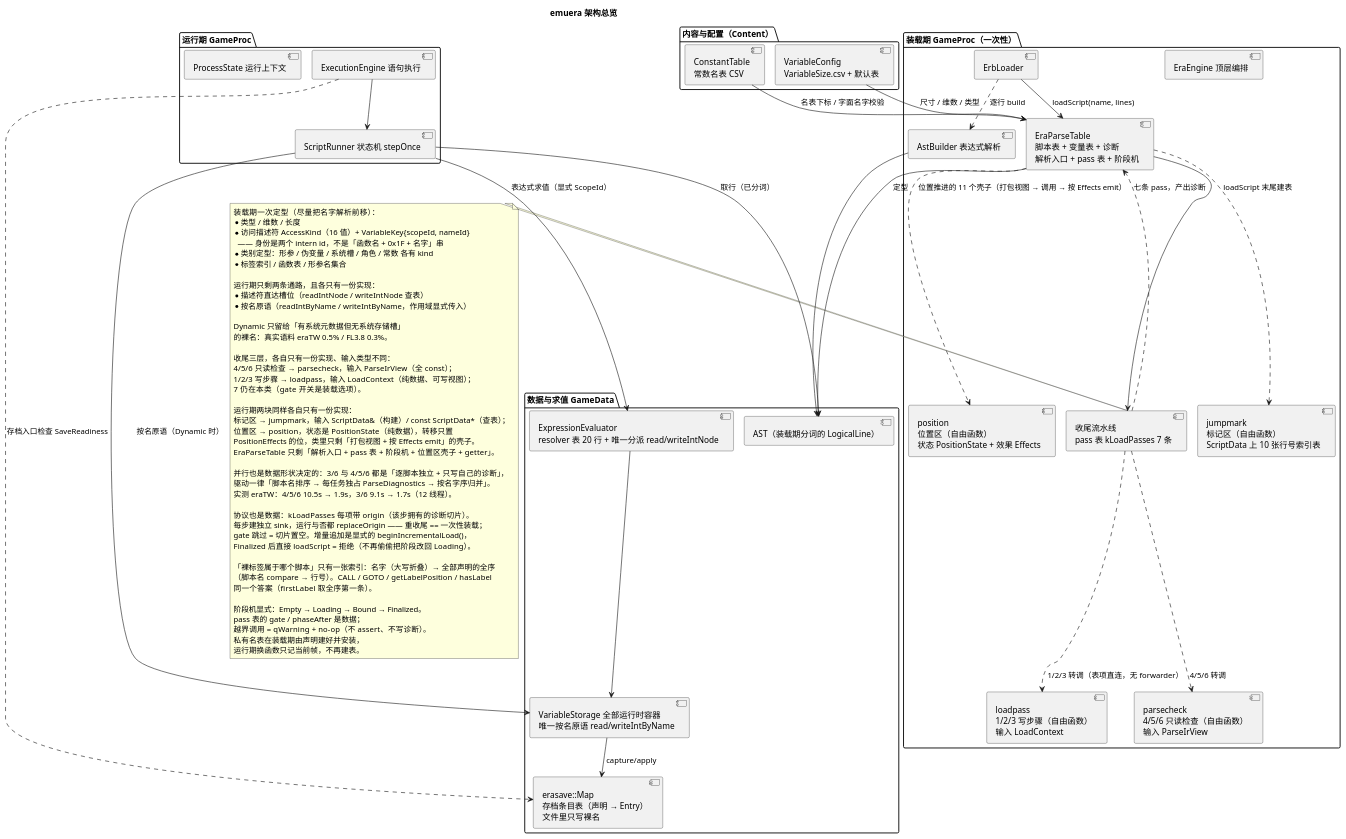
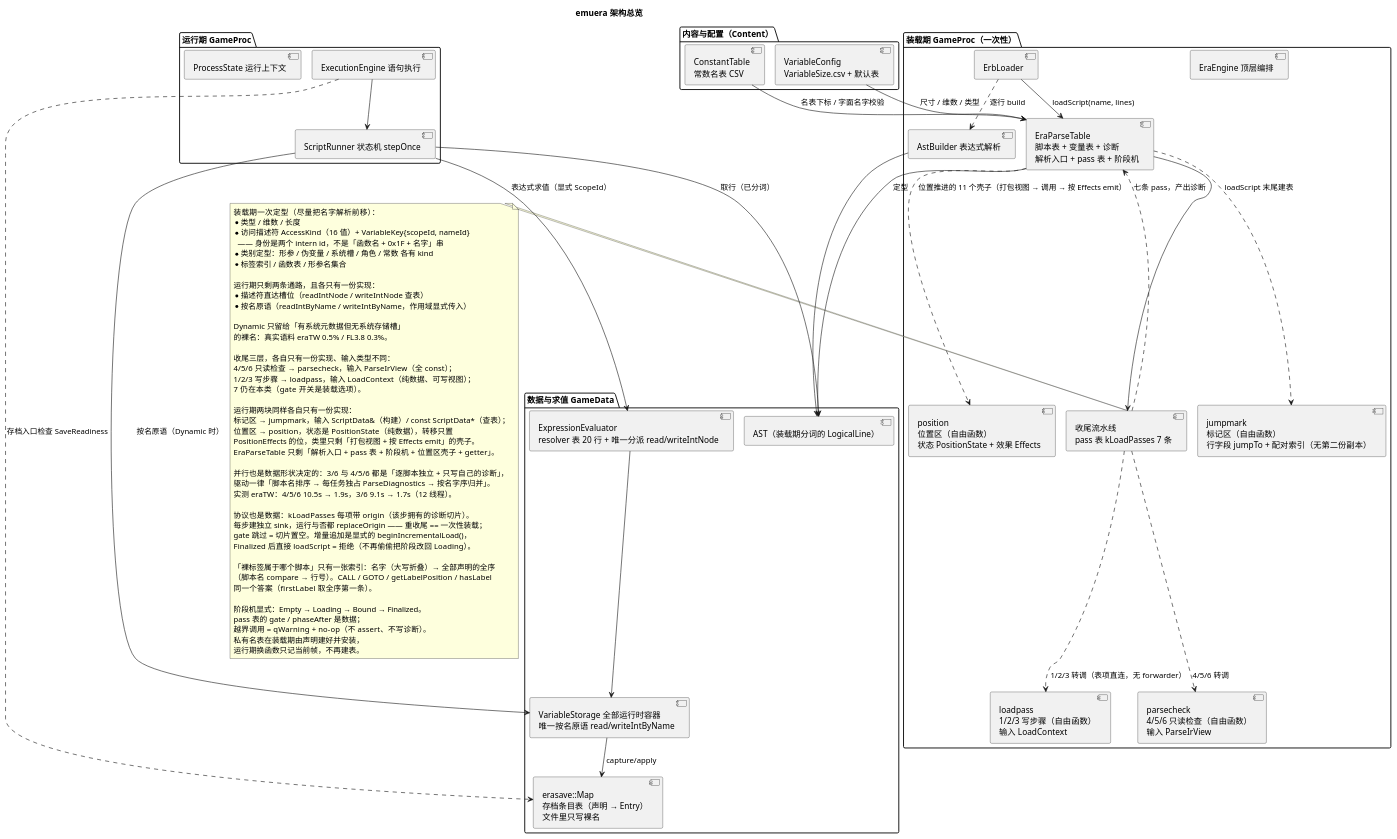
The diagram in docs/uml/00-overview.puml (yigekuyou/qt-eraemu), drawn with PlantUML before and after one commit. The commit also changed 1 other file, not shown here.

Commit message:
docs/uml：标记区只剩一份（行字段 + 配对索引），不再有整表副本
00-overview 与 README 的口径跟着上一批落地改：endifLines / elseLines / jumpToEnd
三张整表与 ScriptData::jumpTo 都已删除，jumpTarget 直接读行字段；需要整表时
由行字段精确重建（重建口径只在测试里）。累计重构与 ctest 计数同步到 30 / 59。

```diff
--- a/docs/uml/00-overview.puml
+++ b/docs/uml/00-overview.puml
@@ -1,103 +1,103 @@
 @startuml 00-overview
 ' 无 graphviz(dot) 时用 PlantUML 内置 smetana 布局引擎（有 dot 可删掉这两行）
 !pragma layout smetana
 ' emuera —— 架构总览：装载期一次定型，运行期只做存取
 ' 渲染：plantuml -tpng docs/uml/00-overview.puml
 title emuera 架构总览
 
 package "装载期 GameProc（一次性）" {
   [EraEngine 顶层编排] as Engine
   [ErbLoader] as Loader
   [AstBuilder 表达式解析] as Builder
   [EraParseTable\n脚本表 + 变量表 + 诊断\n解析入口 + pass 表 + 阶段机] as Table
   [收尾流水线\npass 表 kLoadPasses 7 条] as Finish
   [parsecheck\n4/5/6 只读检查（自由函数）\n输入 ParseIrView] as Checks
   [loadpass\n1/2/3 写步骤（自由函数）\n输入 LoadContext] as Writes
-  [jumpmark\n标记区（自由函数）\nScriptData 上 10 张行号索引表] as Mark
+  [jumpmark\n标记区（自由函数）\n行字段 jumpTo + 配对索引（无第二份副本）] as Mark
   [position\n位置区（自由函数）\n状态 PositionState + 效果 Effects] as Pos
 }
 
 package "内容与配置（Content）" {
   [ConstantTable\n常数名表 CSV] as Consts
   [VariableConfig\nVariableSize.csv + 默认表] as Config
 }
 
 package "运行期 GameProc" {
   [ExecutionEngine 语句执行] as Exec
   [ScriptRunner 状态机 stepOnce] as Runner
   [ProcessState 运行上下文] as State
 }
 
 package "数据与求值 GameData" {
   [AST（装载期分词的 LogicalLine）] as AST
   [VariableStorage 全部运行时容器\n唯一按名原语 read/writeIntByName] as Storage
   [ExpressionEvaluator\nresolver 表 20 行 + 唯一分派 read/writeIntNode] as Eval
   [erasave::Map\n存档条目表（声明 → Entry）\n文件里只写裸名] as Save
 }
 
 Loader ..> Builder : 逐行 build
 Loader --> Table : loadScript(name, lines)
 Builder --> AST
 Finish ..> Table : 七条 pass，产出诊断
 Table --> Finish
 Finish ..> Checks : 4/5/6 转调
 Finish ..> Writes : 1/2/3 转调（表项直连，无 forwarder）
 Table ..> Mark : loadScript 末尾建表
 Table ..> Pos : 位置推进的 11 个壳子（打包视图 → 调用 → 按 Effects emit）
 Consts --> Table : 名表下标 / 字面名字校验
 Config --> Table : 尺寸 / 维数 / 类型
 Exec --> Runner
 Runner --> AST : 取行（已分词）
 Runner --> Storage : 按名原语（Dynamic 时）
 Runner --> Eval : 表达式求值（显式 ScopeId）
 Eval --> Storage
 Storage --> Save : capture/apply
 Exec ..> Save : 存档入口检查 SaveReadiness
 Table --> AST : 定型
 
 note right of Finish
   装载期一次定型（尽量把名字解析前移）：
   * 类型 / 维数 / 长度
   * 访问描述符 AccessKind（16 值）+ VariableKey{scopeId, nameId}
     —— 身份是两个 intern id，不是「函数名 + 0x1F + 名字」串
   * 类别定型：形参 / 伪变量 / 系统槽 / 角色 / 常数 各有 kind
   * 标签索引 / 函数表 / 形参名集合
 
   运行期只剩两条通路，且各只有一份实现：
   * 描述符直达槽位（readIntNode / writeIntNode 查表）
   * 按名原语（readIntByName / writeIntByName，作用域显式传入）
 
   Dynamic 只留给「有系统元数据但无系统存储槽」
   的裸名：真实语料 eraTW 0.5% / FL3.8 0.3%。
 
   收尾三层，各自只有一份实现、输入类型不同：
   4/5/6 只读检查 → parsecheck，输入 ParseIrView（全 const）；
   1/2/3 写步骤 → loadpass，输入 LoadContext（纯数据、可写视图）；
   7 仍在本类（gate 开关是装载选项）。
 
   运行期两块同样各自只有一份实现：
   标记区 → jumpmark，输入 ScriptData&（构建）/ const ScriptData*（查表）；
   位置区 → position，状态是 PositionState（纯数据），转移只置
   PositionEffects 的位，类里只剩「打包视图 + 按 Effects emit」的壳子。
   EraParseTable 只剩「解析入口 + pass 表 + 阶段机 + 位置区壳子 + getter」。
 
   并行也是数据形状决定的：3/6 与 4/5/6 都是「逐脚本独立 + 只写自己的诊断」，
   驱动一律「脚本名排序 → 每任务独占 ParseDiagnostics → 按名字序归并」。
   实测 eraTW：4/5/6 10.5s → 1.9s，3/6 9.1s → 1.7s（12 线程）。
 
   协议也是数据：kLoadPasses 每项带 origin（该步拥有的诊断切片）。
   每步建独立 sink，运行与否都 replaceOrigin —— 重收尾 == 一次性装载；
   gate 跳过 = 切片置空。增量追加是显式的 beginIncrementalLoad()，
   Finalized 后直接 loadScript = 拒绝（不再偷偷把阶段改回 Loading）。
 
   「裸标签属于哪个脚本」只有一张索引：名字（大写折叠）→ 全部声明的全序
   （脚本名 compare → 行号）。CALL / GOTO / getLabelPosition / hasLabel
   同一个答案（firstLabel 取全序第一条）。
 
   阶段机显式：Empty → Loading → Bound → Finalized。
   pass 表的 gate / phaseAfter 是数据；
   越界调用 = qWarning + no-op（不 assert、不写诊断）。
   私有名表在装载期由声明建好并安装，
   运行期换函数只记当前帧，不再建表。
 end note
 @enduml
```
